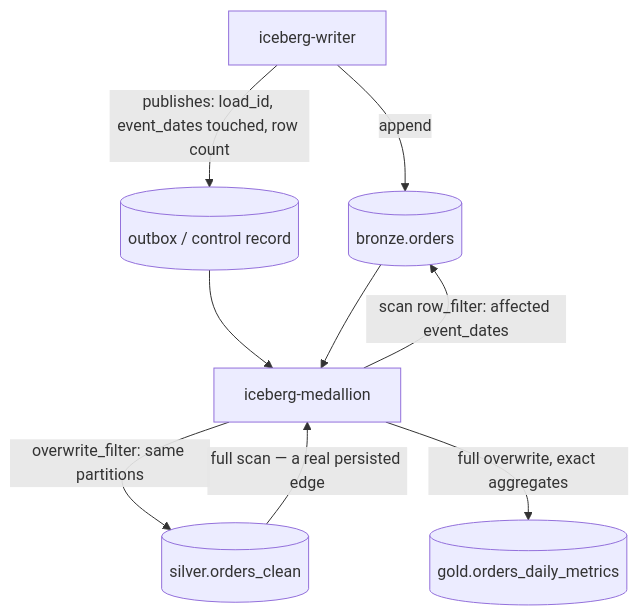
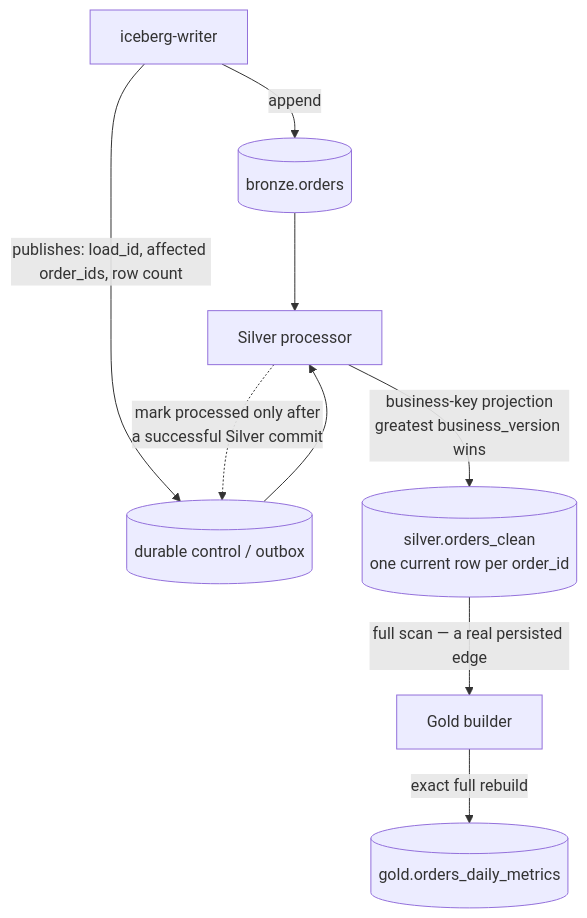
Before and after one commit to sergeishaikin/de_practicum_demo: the second of 3 diagrams in docs/adr/0001-incremental-silver-and-gold.md, drawn with Mermaid. The commit also changed other lines of this file, not shown here.

````diff
--- a/docs/adr/0001-incremental-silver-and-gold.md
+++ b/docs/adr/0001-incremental-silver-and-gold.md
@@ -346,11 +498,11 @@
 ```mermaid
 graph TD
   W[iceberg-writer] -->|append| B[(bronze.orders)]
-  W -->|publishes: load_id, event_dates touched, row count| O[(outbox / control record)]
-  O --> M[iceberg-medallion]
+  W -->|publishes: load_id, affected order_ids, row count| O[(durable control / outbox)]
+  O --> M[Silver processor]
   B --> M
-  M -->|scan row_filter: affected event_dates| B
-  M -->|overwrite_filter: same partitions| SV[(silver.orders_clean)]
-  SV -->|full scan — a real persisted edge| M
-  M -->|full overwrite, exact aggregates| G[(gold.orders_daily_metrics)]
+  M -->|"business-key projection<br/>greatest business_version wins"| SV[(silver.orders_clean<br/>one current row per order_id)]
+  SV -->|full scan — a real persisted edge| G0[Gold builder]
+  G0 -->|exact full rebuild| G[(gold.orders_daily_metrics)]
+  M -.->|mark processed only after<br/>a successful Silver commit| O
 ```
````
